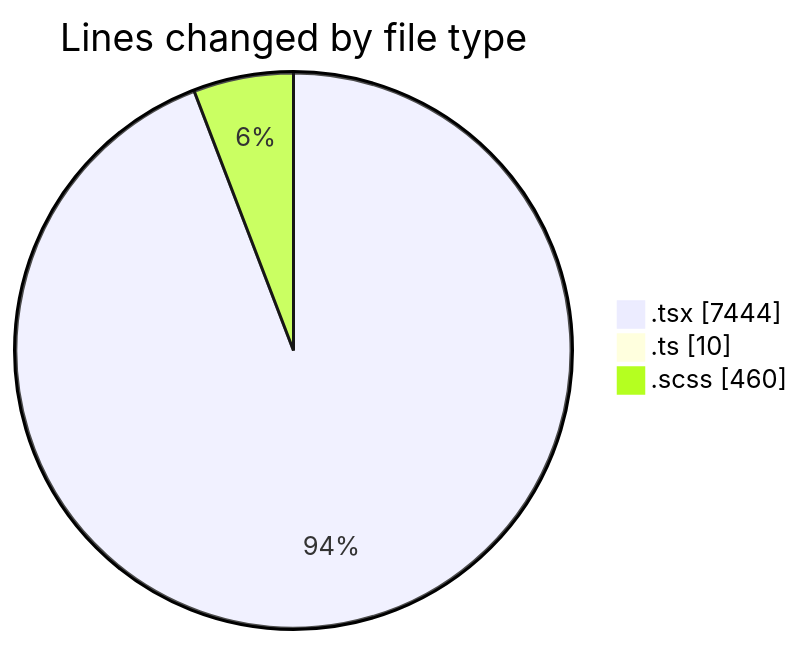
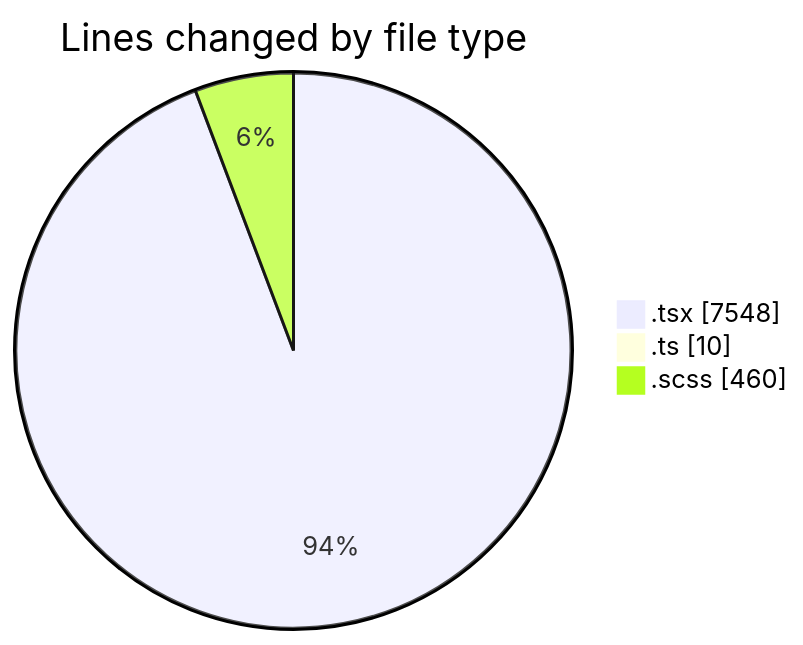
The first of 2 diagrams in 2025-11-17/cda/README.md (momahboobian/code-tracking), drawn with Mermaid before and after one commit. The commit also changed other lines of this file and 1 other file, not shown here.

````diff
--- a/2025-11-17/cda/README.md
+++ b/2025-11-17/cda/README.md
@@ -32,7 +33,7 @@
 ```mermaid
 pie showData
 title Lines changed by file type
-".tsx" : 7444
+".tsx" : 7548
 ".ts" : 10
 ".scss" : 460
 ```
````
